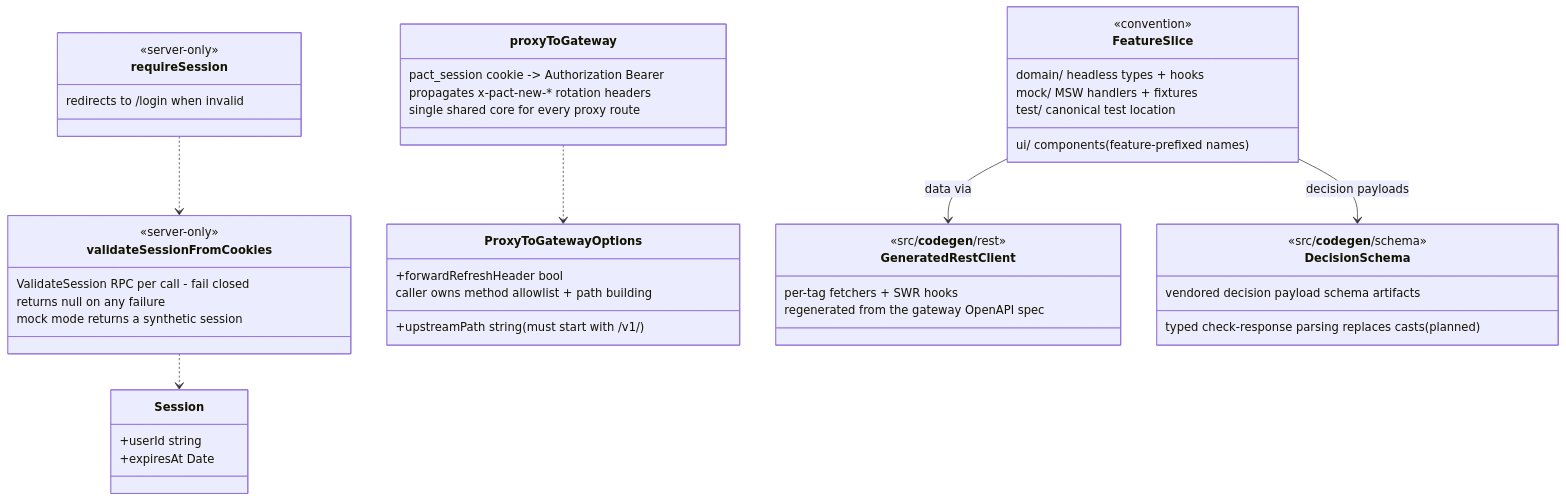
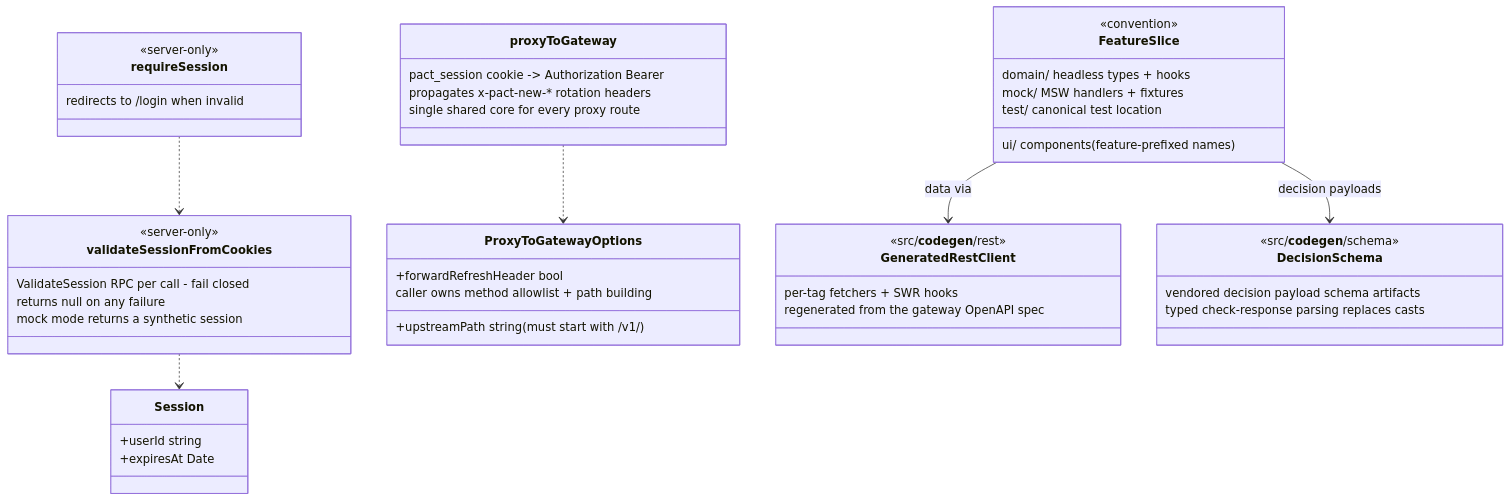
One commit to PACT-Toolkit/pact-web changed the second of 11 diagrams in docs/architecture.md. Above: the diagram before and after it, drawn with Mermaid. The commit also changed other lines of this file, not shown here.

Commit message:
📝 expand architecture class diagrams to cover all feature slices

````diff
--- a/docs/architecture.md
+++ b/docs/architecture.md
@@ -47,50 +47,50 @@
 ```mermaid
 classDiagram
     class Session {
         +userId string
         +expiresAt Date
     }
     class requireSession {
         <<server-only>>
         redirects to /login when invalid
     }
     class validateSessionFromCookies {
         <<server-only>>
         ValidateSession RPC per call - fail closed
         returns null on any failure
         mock mode returns a synthetic session
     }
     class ProxyToGatewayOptions {
         +upstreamPath string (must start with /v1/)
         +forwardRefreshHeader bool
         caller owns method allowlist + path building
     }
     class proxyToGateway {
         pact_session cookie -> Authorization Bearer
         propagates x-pact-new-* rotation headers
         single shared core for every proxy route
     }
     class FeatureSlice {
         <<convention>>
         domain/ headless types + hooks
         ui/ components (feature-prefixed names)
         mock/ MSW handlers + fixtures
         test/ canonical test location
     }
     class GeneratedRestClient {
         <<src/__codegen__/rest>>
         per-tag fetchers + SWR hooks
         regenerated from the gateway OpenAPI spec
     }
     class DecisionSchema {
         <<src/__codegen__/schema>>
         vendored decision payload schema artifacts
-        typed check-response parsing replaces casts (planned)
+        typed check-response parsing replaces casts
     }
 
     requireSession ..> validateSessionFromCookies
     validateSessionFromCookies ..> Session
     proxyToGateway ..> ProxyToGatewayOptions
     FeatureSlice --> GeneratedRestClient : data via
     FeatureSlice --> DecisionSchema : decision payloads
 ```
````
